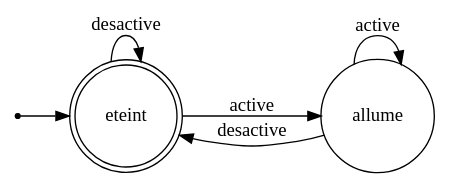
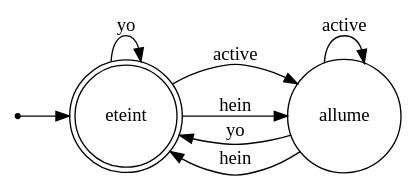
Before and after one commit to mineosx29/wasm-as-ensta: the diagram in Compilator/code.gv, drawn with Graphviz. The commit also changed 10 other files, not shown here.

```diff
--- a/Compilator/code.gv
+++ b/Compilator/code.gv
@@ -1,13 +1,15 @@
 digraph automate{
 rankdir=LR;
 size="8,5"
 node [shape = doublecircle];eteint;
 node [shape = point ]; qi
 node [shape = circle];
 qi -> eteint;
 node [shape = circle];allume;
 eteint -> allume [ label = "active"];
-eteint -> eteint [ label = "desactive"];
-allume -> eteint [ label = "desactive"];
+eteint -> eteint [ label = "yo"];
+eteint -> allume [ label = "hein"];
+allume -> eteint [ label = "yo"];
 allume -> allume [ label = "active"];
+allume -> eteint [ label = "hein"];
 }
```
